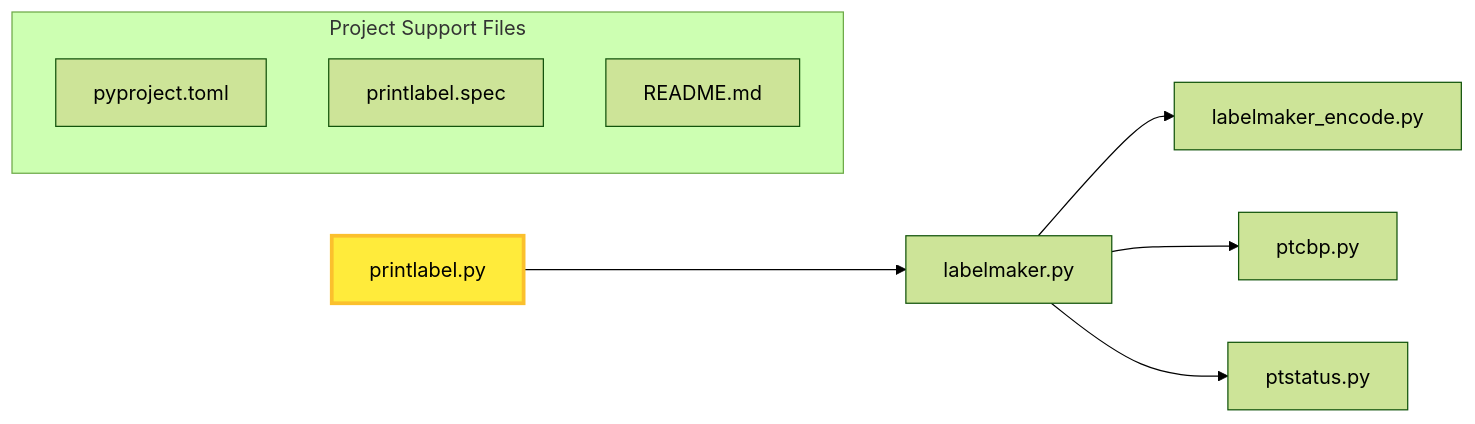
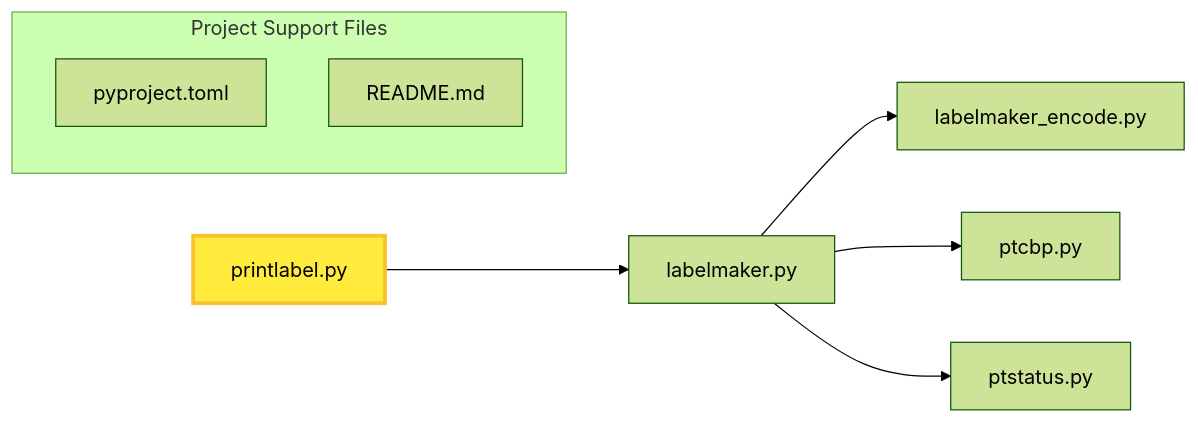
Before and after one commit to cehbz/PT-P300BT: the diagram in README.md, drawn with Mermaid (forest theme). The commit also changed other lines of this file and 5 other files, not shown here.

````diff
--- a/README.md
+++ b/README.md
@@ -221,15 +215,14 @@
 ```mermaid
 graph LR
     printlabel.py:::highlight --> labelmaker.py
     labelmaker.py --> labelmaker_encode.py
     labelmaker.py --> ptcbp.py
     labelmaker.py --> ptstatus.py
 
     subgraph Project_Support_Files[Project Support Files]
         pyproject[pyproject.toml]
-        spec[printlabel.spec]
         readme[README.md]
     end
 
     classDef highlight fill:#ffeb3b,stroke:#fbc02d,stroke-width:3px;
 ```
````
